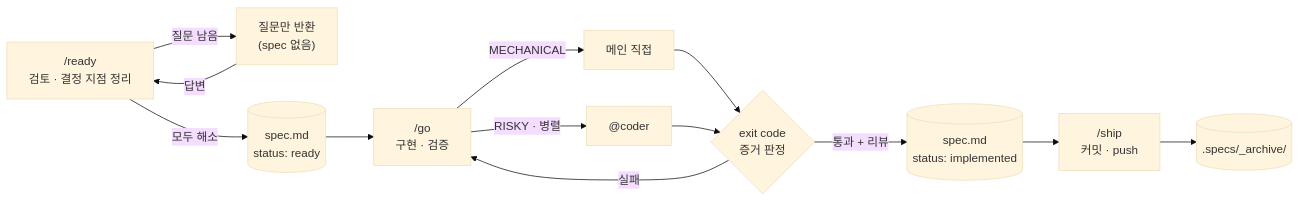
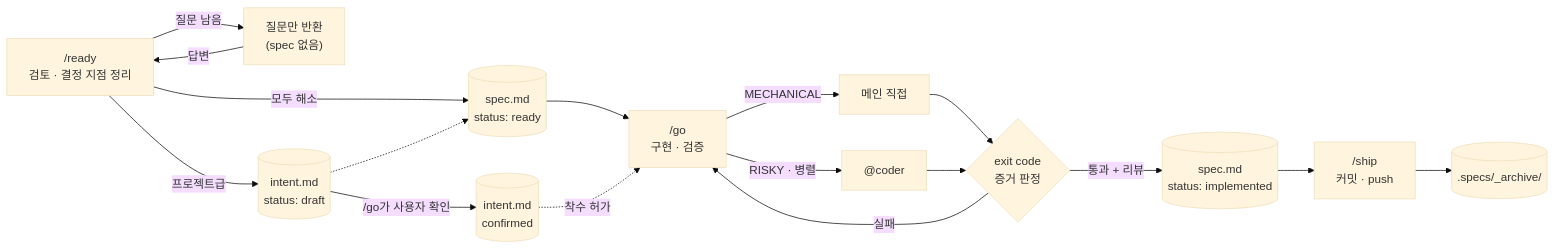
One commit to 95hyun/my-machina changed the second of 2 diagrams in README.md. Above: the diagram before and after it, drawn with Mermaid (base theme). The commit also changed other lines of this file and 7 other files, not shown here.

````diff
--- a/README.md
+++ b/README.md
@@ -101,15 +101,19 @@
 ```mermaid
 flowchart LR
     R["/ready<br/>검토 · 결정 지점 정리"] -->|질문 남음| Q["질문만 반환<br/>(spec 없음)"]
     Q -->|답변| R
+    R -->|프로젝트급| N[("intent.md<br/>status: draft")]
     R -->|모두 해소| S[("spec.md<br/>status: ready")]
+    N -.-> S
     S --> G["/go<br/>구현 · 검증"]
+    N -->|"/go가 사용자 확인"| NC[("intent.md<br/>confirmed")]
+    NC -. 착수 허가 .-> G
     G -->|MECHANICAL| D[메인 직접]
     G -->|RISKY · 병렬| C["@coder"]
     D --> V{"exit code<br/>증거 판정"}
     C --> V
     V -->|실패| G
     V -->|통과 + 리뷰| I[("spec.md<br/>status: implemented")]
     I --> SH["/ship<br/>커밋 · push"]
     SH --> A[(".specs/_archive/")]
 ```
````
